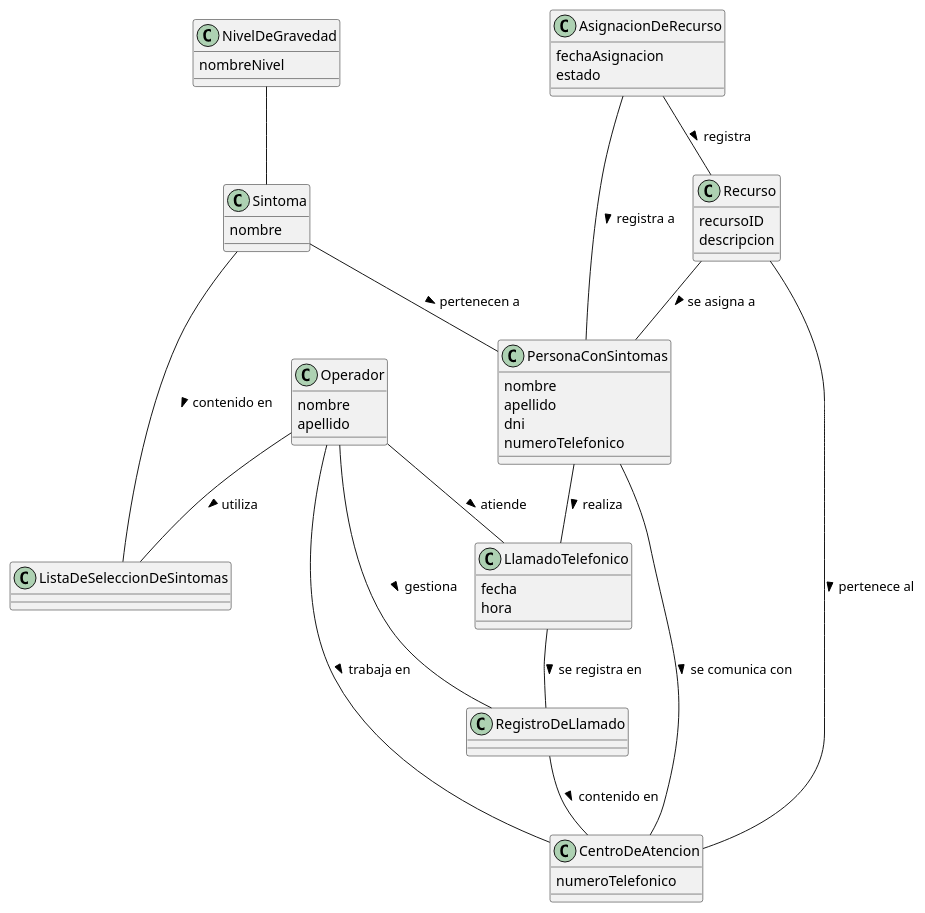
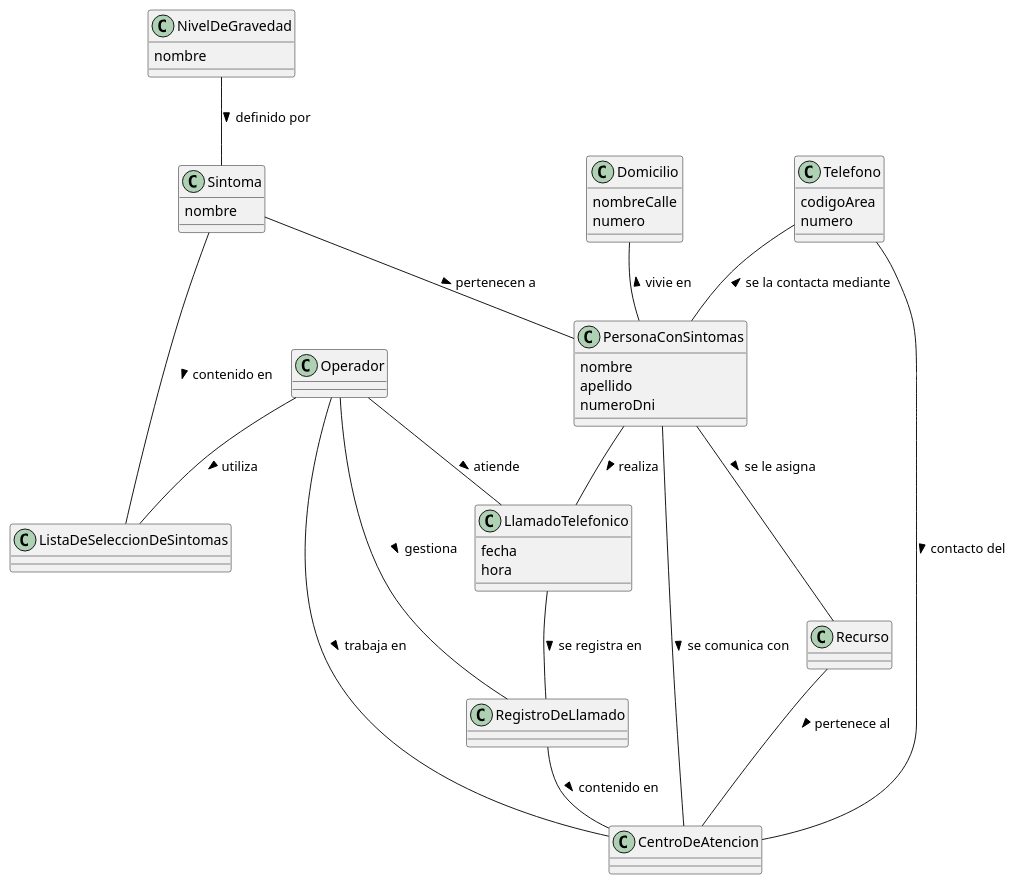
The diagram in casos de uso/registrar llamada/porcion #1/modelo de dominio.puml (jgraneros/Centro-de-atencion-de-llamadas), drawn with PlantUML before and after one commit. The commit also changed 1 other file, not shown here.

Commit message:
primer refinamiento de los atributos del md

```diff
--- a/casos de uso/registrar llamada/porcion #1/modelo de dominio.puml
+++ b/casos de uso/registrar llamada/porcion #1/modelo de dominio.puml
@@ -1,55 +1,60 @@
 @startuml modelo de dominio
 
 class PersonaConSintomas{
     nombre
     apellido
-    dni
-    numeroTelefonico
+    numeroDni
 }
-class CentroDeAtencion{
-    numeroTelefonico
-}
+
+class CentroDeAtencion{}
 class LlamadoTelefonico{
     fecha
     hora
 }
-class Operador{
-    nombre
-    apellido
-}
+class Operador{}
 class RegistroDeLlamado{}
 class ListaDeSeleccionDeSintomas{}
 class Sintoma{
     nombre
 }
 class NivelDeGravedad{
-    nombreNivel
+    nombre
 }
-class Recurso{
-    recursoID
-    descripcion
+class Recurso{}
+
+class Telefono{
+    codigoArea
+    numero
 }
-class AsignacionDeRecurso{
-    fechaAsignacion
-    estado
+
+class Domicilio{
+    nombreCalle
+    numero
 }
 
 'asociaciones'
 
 Sintoma -- PersonaConSintomas: pertenecen a >
 Sintoma -- ListaDeSeleccionDeSintomas: contenido en >
 RegistroDeLlamado -- CentroDeAtencion: contenido en >
-Recurso -- CentroDeAtencion: pertenece al >
+
 LlamadoTelefonico -- RegistroDeLlamado: se registra en >
-Recurso -- PersonaConSintomas: se asigna a >
+
 Operador -- CentroDeAtencion: trabaja en >
 Operador -- RegistroDeLlamado: gestiona >
 Operador -- ListaDeSeleccionDeSintomas: utiliza >
-PersonaConSintomas -- CentroDeAtencion: se comunica con >
+
 PersonaConSintomas -- LlamadoTelefonico: realiza >
 Operador -- LlamadoTelefonico: atiende >
-AsignacionDeRecurso -- Recurso: registra >
-AsignacionDeRecurso -- PersonaConSintomas: registra a >
-NivelDeGravedad -- Sintoma
+NivelDeGravedad -- Sintoma: definido por >
+
+
+Recurso -- CentroDeAtencion: pertenece al >
+PersonaConSintomas -- Recurso: se le asigna >
+PersonaConSintomas -- CentroDeAtencion: se comunica con >
+
+Domicilio -- PersonaConSintomas: vivie en <
+Telefono -- PersonaConSintomas: se la contacta mediante <
+Telefono -- CentroDeAtencion: contacto del >
 
 @enduml
```
